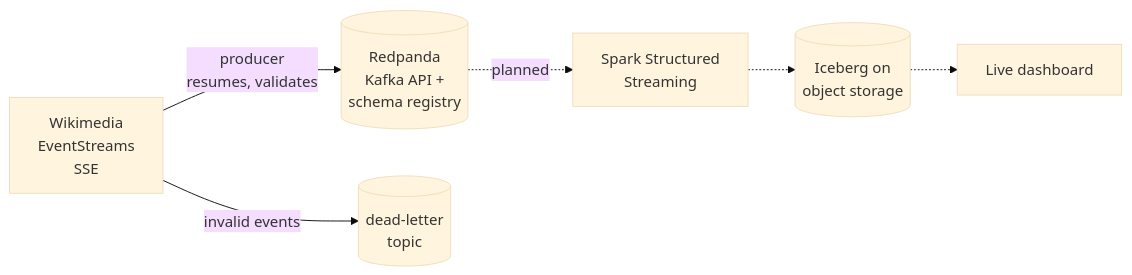
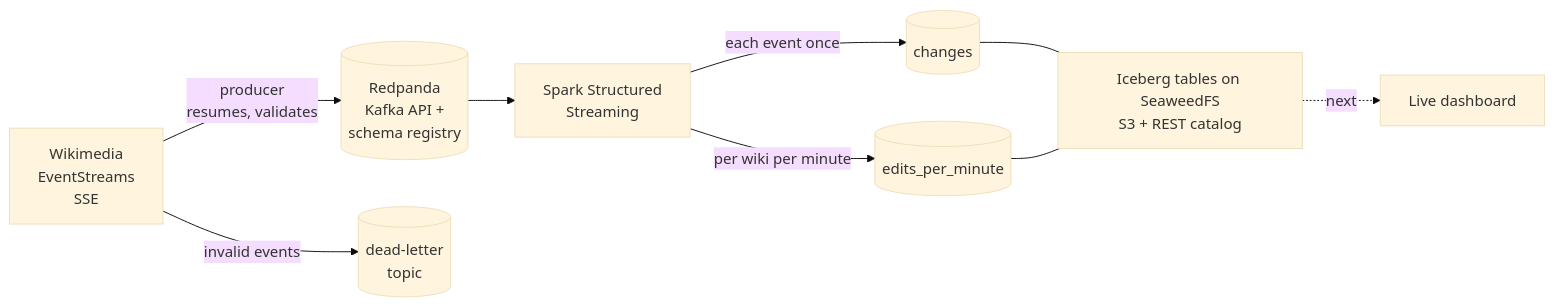
Before and after one commit to OtoTediashvili/wiki-edits-streaming: the diagram in README.md, drawn with Mermaid (base theme). The commit also changed other lines of this file and 29 other files, not shown here.

````diff
--- a/README.md
+++ b/README.md
@@ -9,8 +9,10 @@
 ```mermaid
 flowchart LR
     W[Wikimedia<br/>EventStreams<br/>SSE] -->|producer<br/>resumes, validates| R[(Redpanda<br/>Kafka API +<br/>schema registry)]
-    R -.->|planned| S[Spark Structured<br/>Streaming]
-    S -.-> I[(Iceberg on<br/>object storage)]
-    I -.-> D[Live dashboard]
     W -->|invalid events| Q[(dead-letter<br/>topic)]
+    R --> S[Spark Structured<br/>Streaming]
+    S -->|each event once| C[(changes)]
+    S -->|per wiki per minute| M[(edits_per_minute)]
+    C & M --- L[Iceberg tables on SeaweedFS<br/>S3 + REST catalog]
+    L -.->|next| D[Live dashboard]
 ```
````
